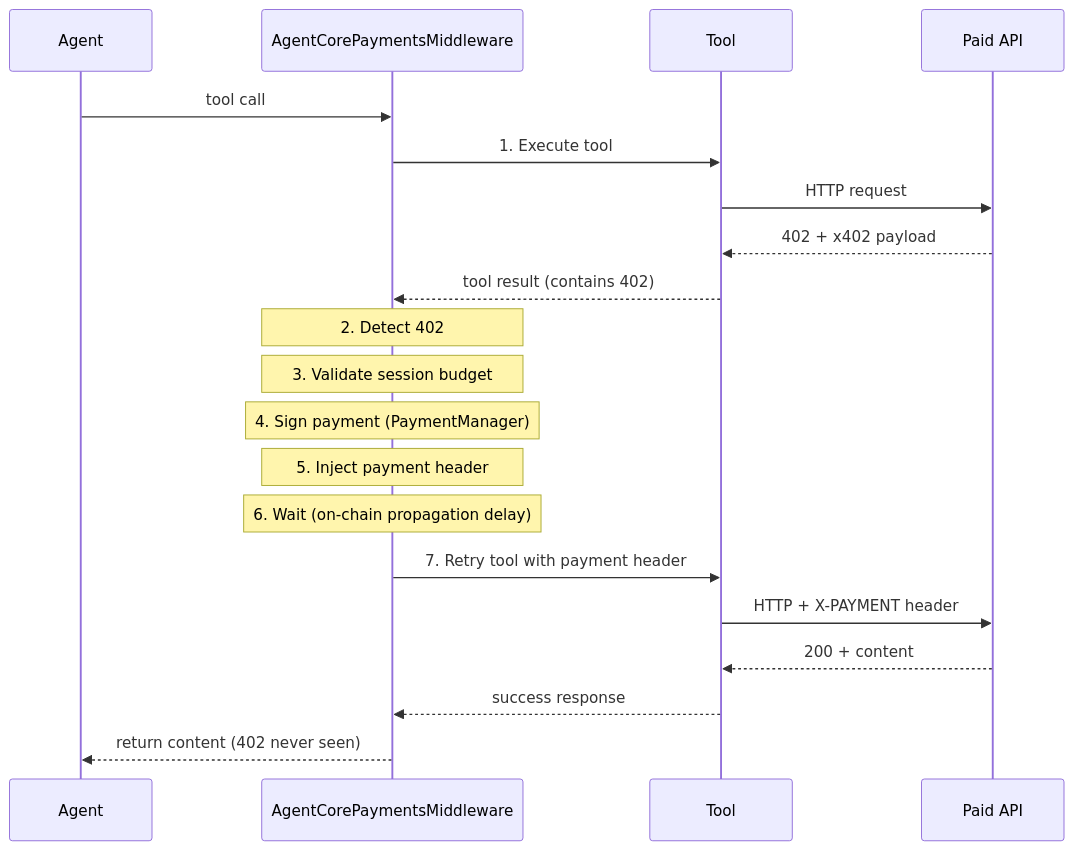
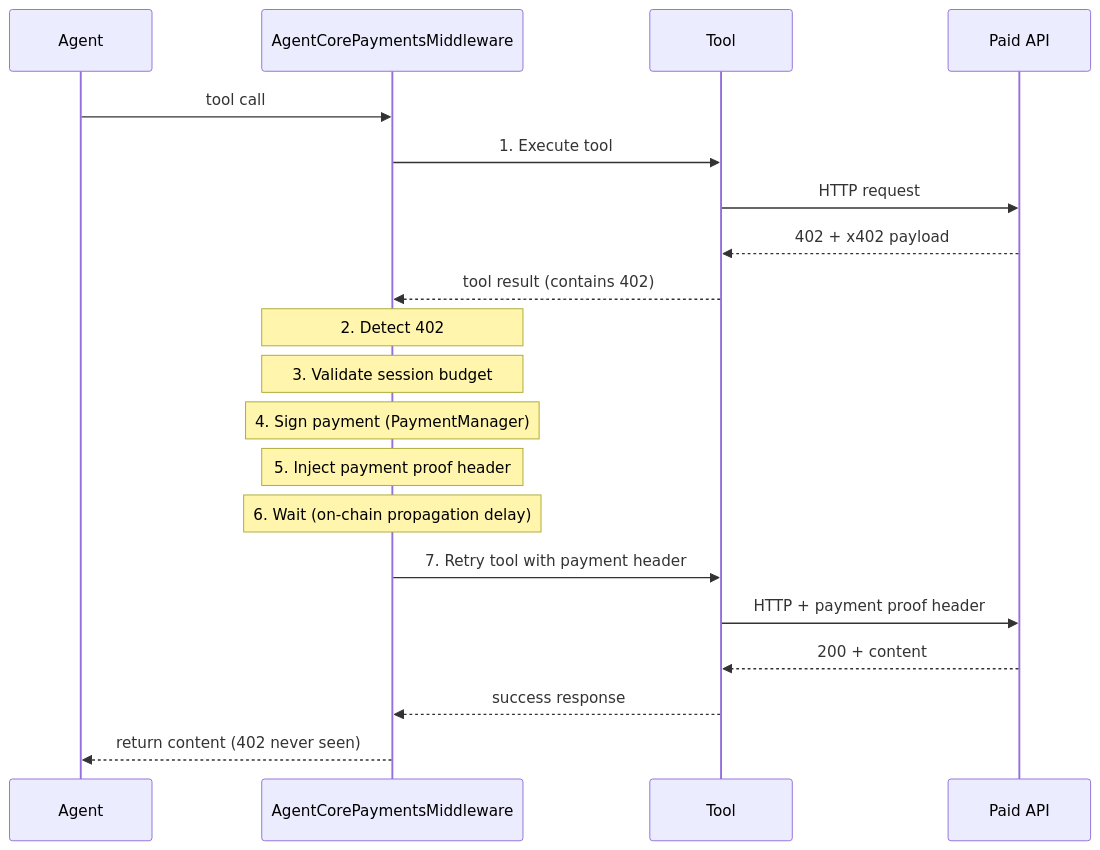
The diagram in src/oss/python/integrations/middleware/aws.mdx (langchain-ai/docs), drawn with Mermaid before and after one commit. The commit also changed other lines of this file, not shown here.

Commit message:
Address feedback on LangGraph middleware documentation

````diff
--- a/src/oss/python/integrations/middleware/aws.mdx
+++ b/src/oss/python/integrations/middleware/aws.mdx
@@ -223,23 +200,23 @@
 ```mermaid
 sequenceDiagram
     participant Agent
     participant Middleware as AgentCorePaymentsMiddleware
     participant Tool
     participant API as Paid API
 
     Agent->>Middleware: tool call
     Middleware->>Tool: 1. Execute tool
     Tool->>API: HTTP request
     API-->>Tool: 402 + x402 payload
     Tool-->>Middleware: tool result (contains 402)
     Note over Middleware: 2. Detect 402
     Note over Middleware: 3. Validate session budget
     Note over Middleware: 4. Sign payment (PaymentManager)
-    Note over Middleware: 5. Inject payment header
+    Note over Middleware: 5. Inject payment proof header
     Note over Middleware: 6. Wait (on-chain propagation delay)
     Middleware->>Tool: 7. Retry tool with payment header
-    Tool->>API: HTTP + X-PAYMENT header
+    Tool->>API: HTTP + payment proof header
     API-->>Tool: 200 + content
     Tool-->>Middleware: success response
     Middleware-->>Agent: return content (402 never seen)
 ```
````
